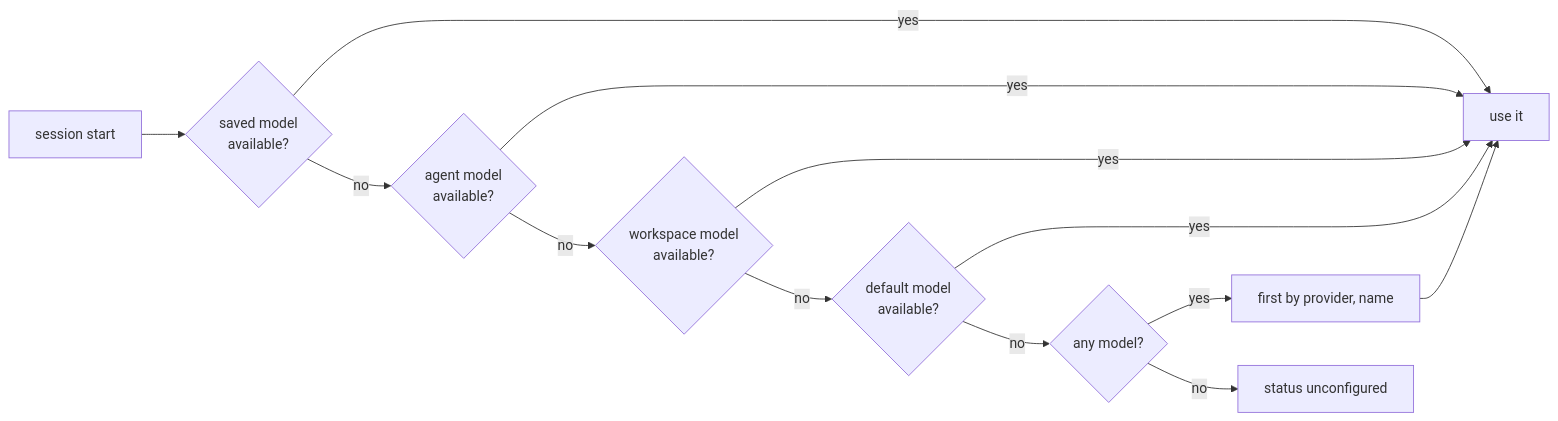
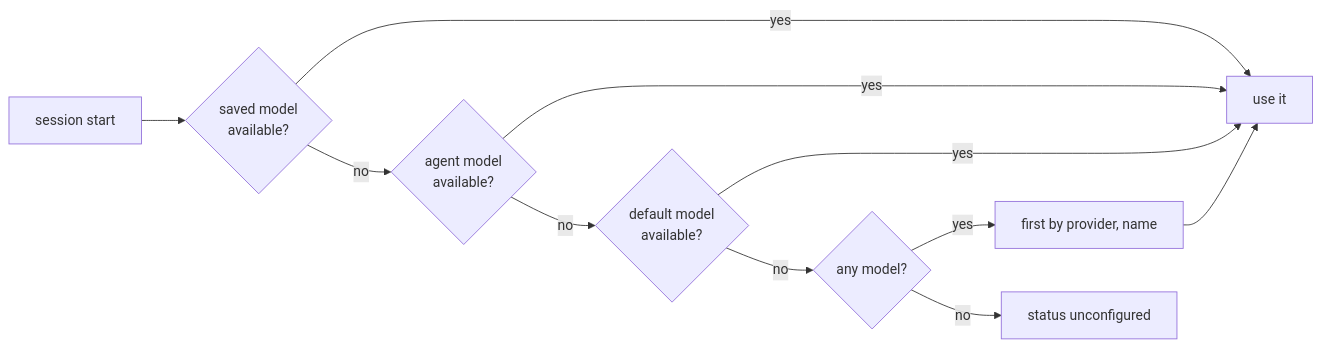
Before and after one commit to pp-techs/pp-agent: the diagram in docs/architecture/model-and-thinking-selection.md, drawn with Mermaid. The commit also changed other lines of this file and 167 other files, not shown here.

````diff
--- a/docs/architecture/model-and-thinking-selection.md
+++ b/docs/architecture/model-and-thinking-selection.md
@@ -17,14 +16,12 @@
 ```mermaid
 flowchart LR
   S["session start"] --> A{"saved model<br/>available?"}
   A -- yes --> U["use it"]
   A -- no --> B{"agent model<br/>available?"}
   B -- yes --> U
-  B -- no --> W{"workspace model<br/>available?"}
-  W -- yes --> U
-  W -- no --> C{"default model<br/>available?"}
+  B -- no --> C{"default model<br/>available?"}
   C -- yes --> U
   C -- no --> D{"any model?"}
   D -- yes --> F["first by provider, name"] --> U
   D -- no --> N["status unconfigured"]
 ```
````
